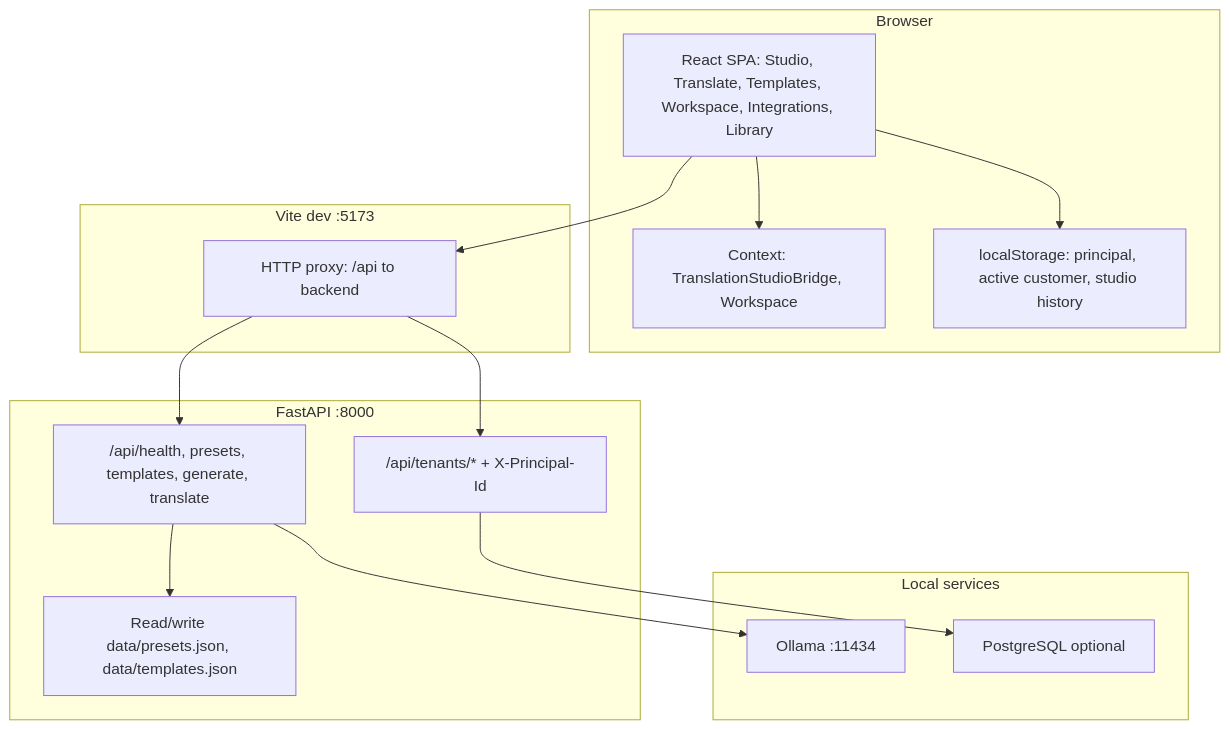
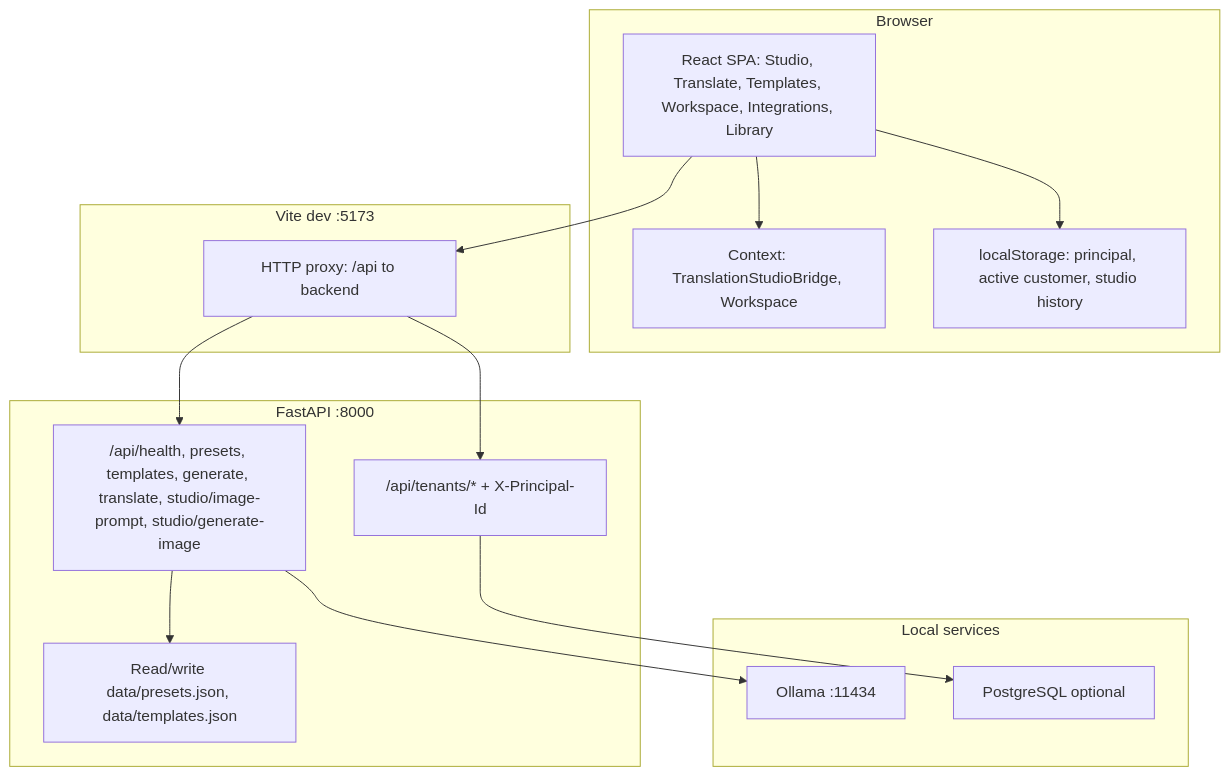
One commit to brfrugis/Social-platform changed the first of 8 diagrams in README.md. Above: the diagram before and after it, drawn with Mermaid. The commit also changed other lines of this file and 22 other files, not shown here.

````diff
--- a/README.md
+++ b/README.md
@@ -24,28 +24,28 @@
 ```mermaid
 flowchart TB
   subgraph browser["Browser"]
     SPA["React SPA: Studio, Translate, Templates, Workspace, Integrations, Library"]
     CTX["Context: TranslationStudioBridge, Workspace"]
     LS["localStorage: principal, active customer, studio history"]
   end
   subgraph vite["Vite dev :5173"]
     PROXY["HTTP proxy: /api to backend"]
   end
   subgraph api["FastAPI :8000"]
-    CORE["/api/health, presets, templates, generate, translate"]
+    CORE["/api/health, presets, templates, generate, translate, studio/image-prompt, studio/generate-image"]
     TEN["/api/tenants/* + X-Principal-Id"]
     FILES["Read/write data/presets.json, data/templates.json"]
   end
   subgraph external["Local services"]
     OLL["Ollama :11434"]
     PG["PostgreSQL optional"]
   end
   SPA --> PROXY
   SPA --> LS
   SPA --> CTX
   PROXY --> CORE
   PROXY --> TEN
   CORE --> OLL
   CORE --> FILES
   TEN --> PG
 ```
````
